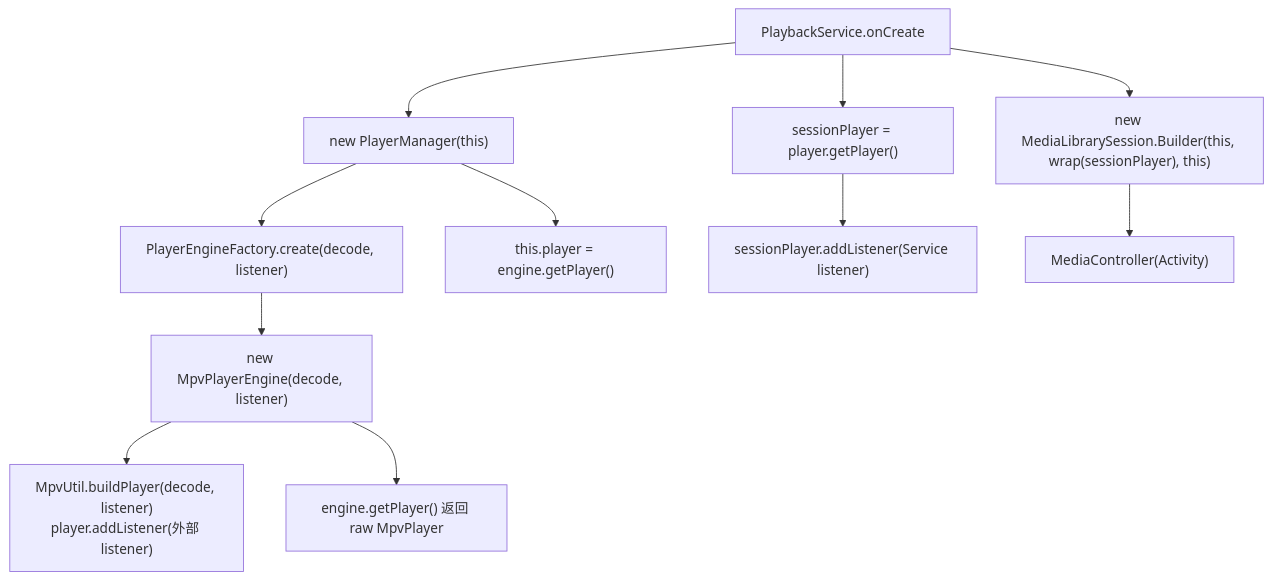
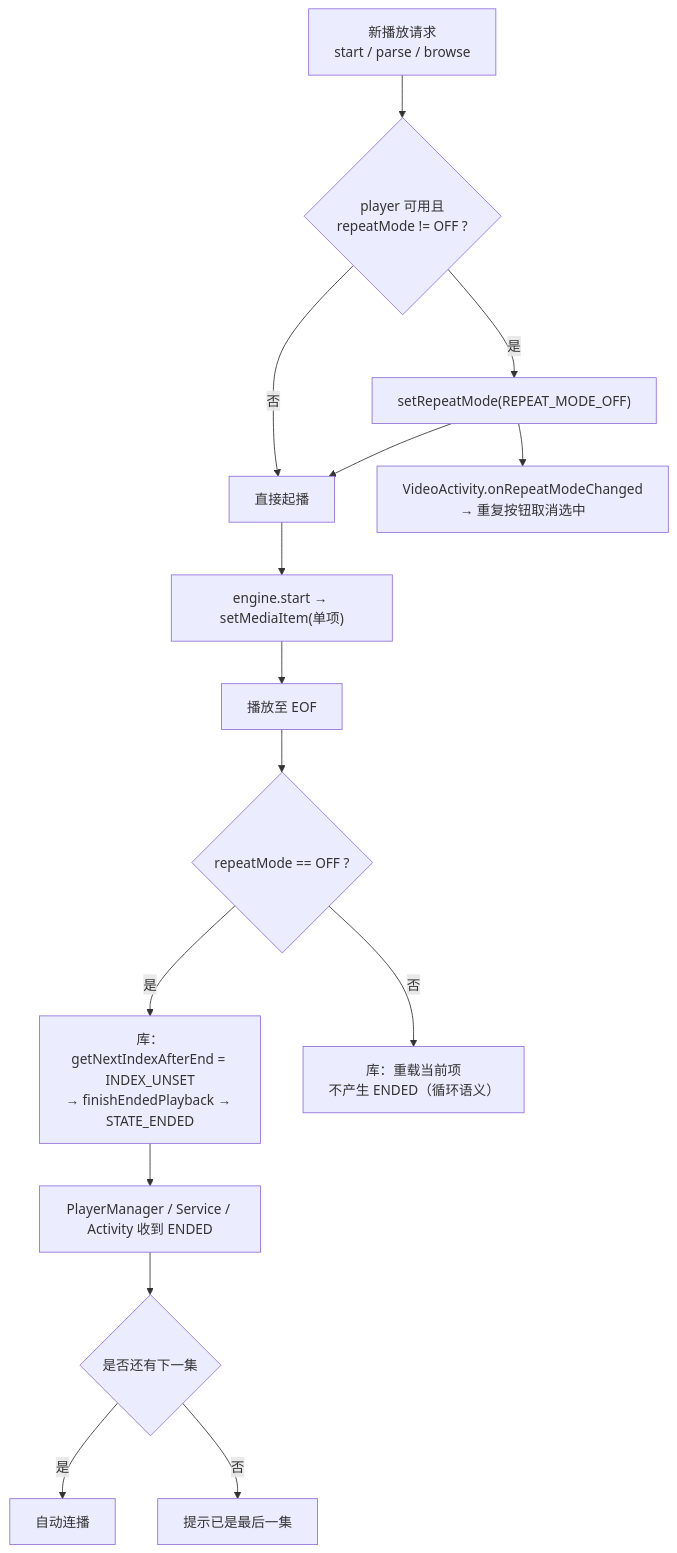
The fourth of 5 diagrams in .trae/documents/MPV引擎STATE_ENDED补齐开发设计文档.md (chengshengru/TV), drawn with Mermaid before and after one commit. The commit also changed other lines of this file and 3 other files, not shown here.

````diff
--- a/.trae/documents/MPV引擎STATE_ENDED补齐开发设计文档.md
+++ b/.trae/documents/MPV引擎STATE_ENDED补齐开发设计文档.md
@@ -47,13 +396,17 @@
 ```mermaid
 flowchart TD
-    A["PlaybackService.onCreate"] --> B["new PlayerManager(this)"]
-    B --> C["PlayerEngineFactory.create(decode, listener)"]
-    C --> D["new MpvPlayerEngine(decode, listener)"]
-    D --> E["MpvUtil.buildPlayer(decode, listener)<br/>player.addListener(外部 listener)"]
-    D --> F["engine.getPlayer() 返回 raw MpvPlayer"]
-    B --> G["this.player = engine.getPlayer()"]
-    A --> H["sessionPlayer = player.getPlayer()"]
-    H --> I["sessionPlayer.addListener(Service listener)"]
-    A --> J["new MediaLibrarySession.Builder(this, wrap(sessionPlayer), this)"]
-    J --> K["MediaController(Activity)"]
+    A["新播放请求<br/>start / parse / browse"] --> B{"player 可用且<br/>repeatMode != OFF ?"}
+    B -- 否 --> C["直接起播"]
+    B -- 是 --> D["setRepeatMode(REPEAT_MODE_OFF)"]
+    D --> E["VideoActivity.onRepeatModeChanged<br/>→ 重复按钮取消选中"]
+    D --> C
+    C --> F["engine.start → setMediaItem(单项)"]
+    F --> G["播放至 EOF"]
+    G --> H{"repeatMode == OFF ?"}
+    H -- 是 --> I["库：getNextIndexAfterEnd = INDEX_UNSET<br/>→ finishEndedPlayback → STATE_ENDED"]
+    H -- 否 --> J["库：重载当前项<br/>不产生 ENDED（循环语义）"]
+    I --> K["PlayerManager / Service / Activity 收到 ENDED"]
+    K --> L{"是否还有下一集"}
+    L -- 是 --> M["自动连播"]
+    L -- 否 --> N["提示已是最后一集"]
 ```
````
